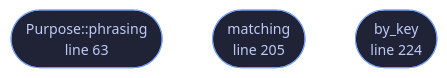
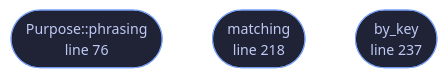
One commit to tilas01/veilvoice changed the diagram in wiki/File-veilvoice-capture-programs.md. Above: the diagram before and after it, drawn with Mermaid. The commit also changed other lines of this file and 487 other files, not shown here.

````diff
--- a/wiki/File-veilvoice-capture-programs.md
+++ b/wiki/File-veilvoice-capture-programs.md
@@ -67,12 +81,12 @@
 ```mermaid
 %%{init: {"theme":"base","themeVariables":{"background":"#1a1b26","primaryColor":"#1f2335","primaryTextColor":"#c0caf5","primaryBorderColor":"#7aa2f7","secondaryColor":"#16161e","tertiaryColor":"#16161e","lineColor":"#737aa2","textColor":"#c0caf5","mainBkg":"#1f2335","nodeBorder":"#7aa2f7","clusterBkg":"#16161e","clusterBorder":"#2f3549","fontFamily":"ui-monospace, SFMono-Regular, Consolas, monospace","fontSize":"14px"}}}%%
 flowchart TD
-    n_phrasing(["Purpose::phrasing<br/>line 63"])
-    n_matching(["matching<br/>line 205"])
-    n_by_key(["by_key<br/>line 224"])
-    click n_phrasing href "https://github.com/tilas01/veilvoice/blob/main/crates/veilvoice-capture/src/programs.rs#L63" "open the source"
-    click n_matching href "https://github.com/tilas01/veilvoice/blob/main/crates/veilvoice-capture/src/programs.rs#L205" "open the source"
-    click n_by_key href "https://github.com/tilas01/veilvoice/blob/main/crates/veilvoice-capture/src/programs.rs#L224" "open the source"
+    n_phrasing(["Purpose::phrasing<br/>line 76"])
+    n_matching(["matching<br/>line 218"])
+    n_by_key(["by_key<br/>line 237"])
+    click n_phrasing href "https://github.com/tilas01/veilvoice/blob/main/crates/veilvoice-capture/src/programs.rs#L76" "open the source"
+    click n_matching href "https://github.com/tilas01/veilvoice/blob/main/crates/veilvoice-capture/src/programs.rs#L218" "open the source"
+    click n_by_key href "https://github.com/tilas01/veilvoice/blob/main/crates/veilvoice-capture/src/programs.rs#L237" "open the source"
     classDef entry fill:#1f2335,stroke:#7aa2f7,color:#c0caf5
     class n_phrasing,n_matching,n_by_key entry
 ```
````
